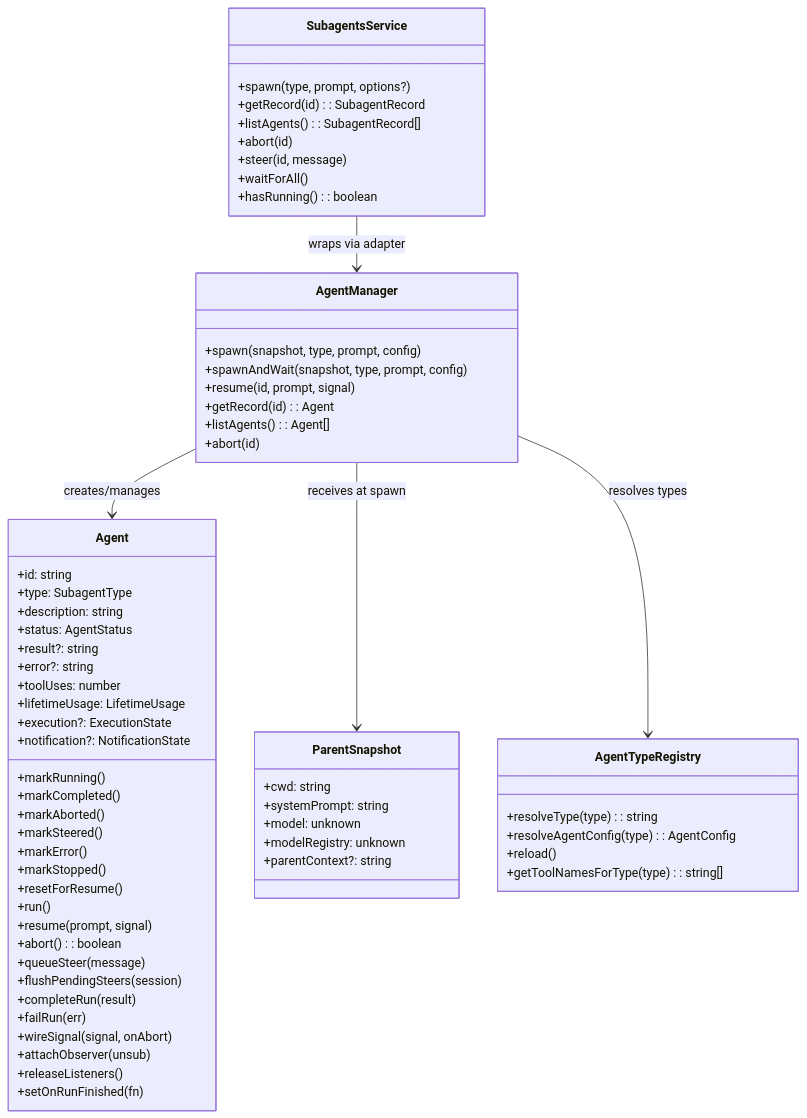
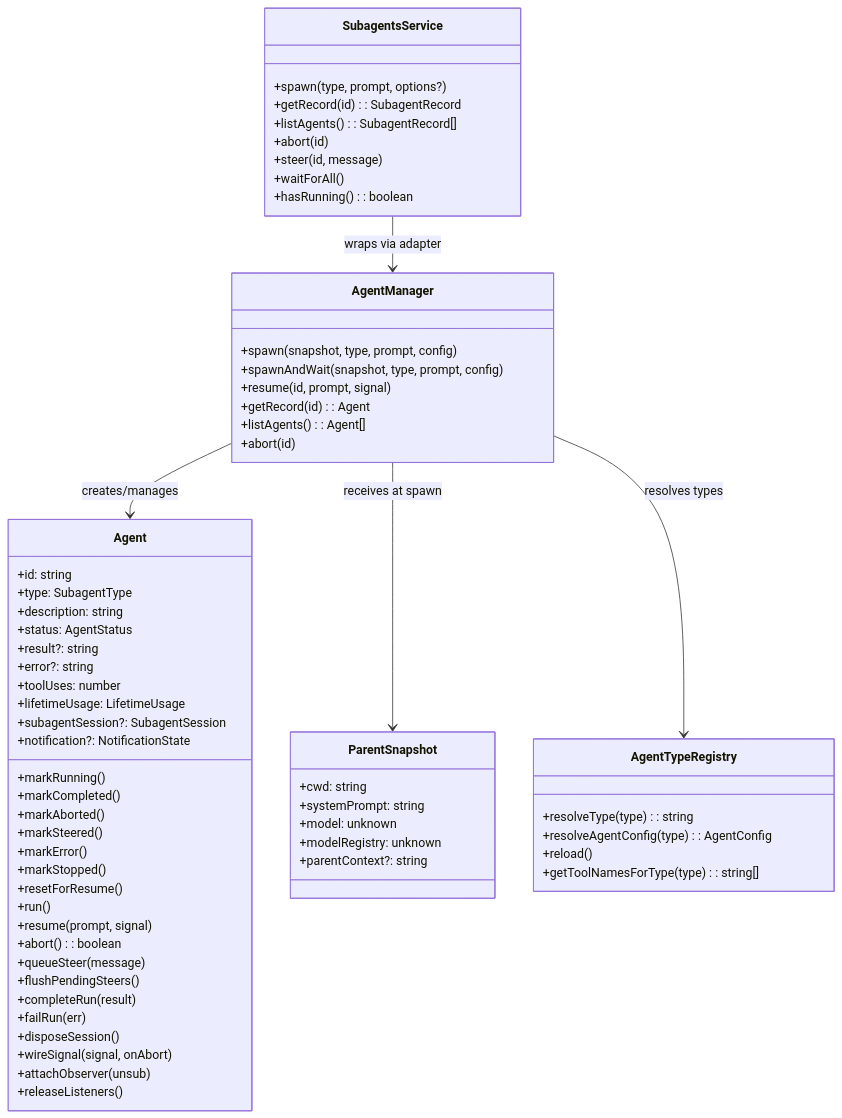
The second of 6 diagrams in docs/architecture/architecture.md (ttdua/pi-subagents), drawn with Mermaid before and after one commit. The commit also changed other lines of this file and 1 other file, not shown here.

Commit message:
docs: record runner dissolution and SubagentSession (#265)

````diff
--- a/docs/architecture/architecture.md
+++ b/docs/architecture/architecture.md
@@ -100,72 +103,72 @@
 ```mermaid
 classDiagram
     class Agent {
         +id: string
         +type: SubagentType
         +description: string
         +status: AgentStatus
         +result?: string
         +error?: string
         +toolUses: number
         +lifetimeUsage: LifetimeUsage
-        +execution?: ExecutionState
+        +subagentSession?: SubagentSession
         +notification?: NotificationState
         +markRunning()
         +markCompleted()
         +markAborted()
         +markSteered()
         +markError()
         +markStopped()
         +resetForResume()
         +run()
         +resume(prompt, signal)
         +abort(): boolean
         +queueSteer(message)
-        +flushPendingSteers(session)
+        +flushPendingSteers()
         +completeRun(result)
         +failRun(err)
+        +disposeSession()
         +wireSignal(signal, onAbort)
         +attachObserver(unsub)
         +releaseListeners()
-        +setOnRunFinished(fn)
     }
 
     class AgentManager {
         +spawn(snapshot, type, prompt, config)
         +spawnAndWait(snapshot, type, prompt, config)
         +resume(id, prompt, signal)
         +getRecord(id): Agent
         +listAgents(): Agent[]
         +abort(id)
     }
 
     class AgentTypeRegistry {
         +resolveType(type): string
         +resolveAgentConfig(type): AgentConfig
         +reload()
         +getToolNamesForType(type): string[]
     }
 
     class ParentSnapshot {
         +cwd: string
         +systemPrompt: string
         +model: unknown
         +modelRegistry: unknown
         +parentContext?: string
     }
 
     class SubagentsService {
         +spawn(type, prompt, options?)
         +getRecord(id): SubagentRecord
         +listAgents(): SubagentRecord[]
         +abort(id)
         +steer(id, message)
         +waitForAll()
         +hasRunning(): boolean
     }
 
     AgentManager --> Agent : creates/manages
     AgentManager --> ParentSnapshot : receives at spawn
     SubagentsService --> AgentManager : wraps via adapter
     AgentManager --> AgentTypeRegistry : resolves types
 ```
````
